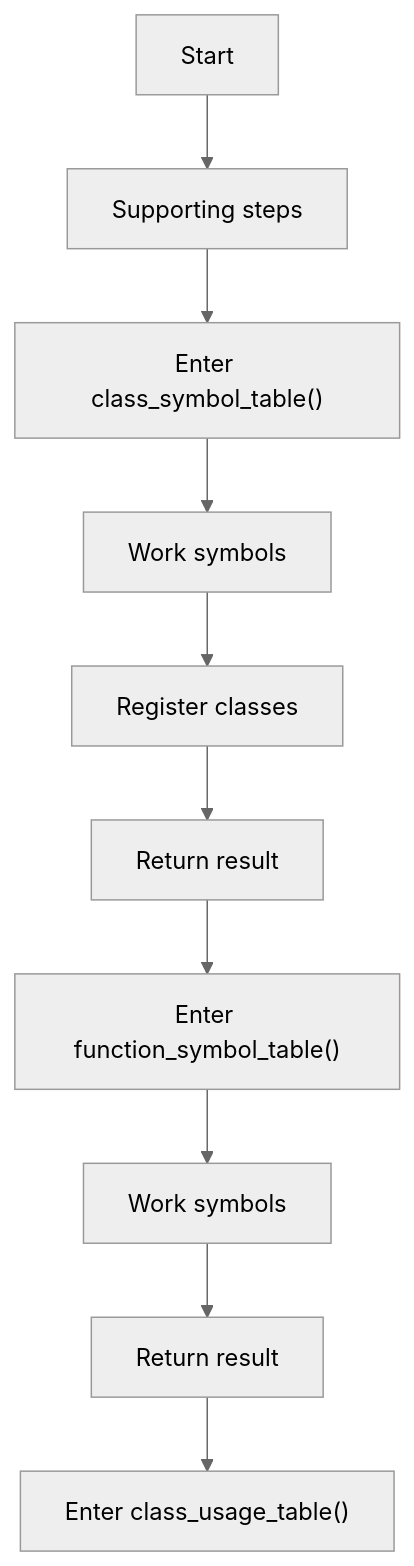
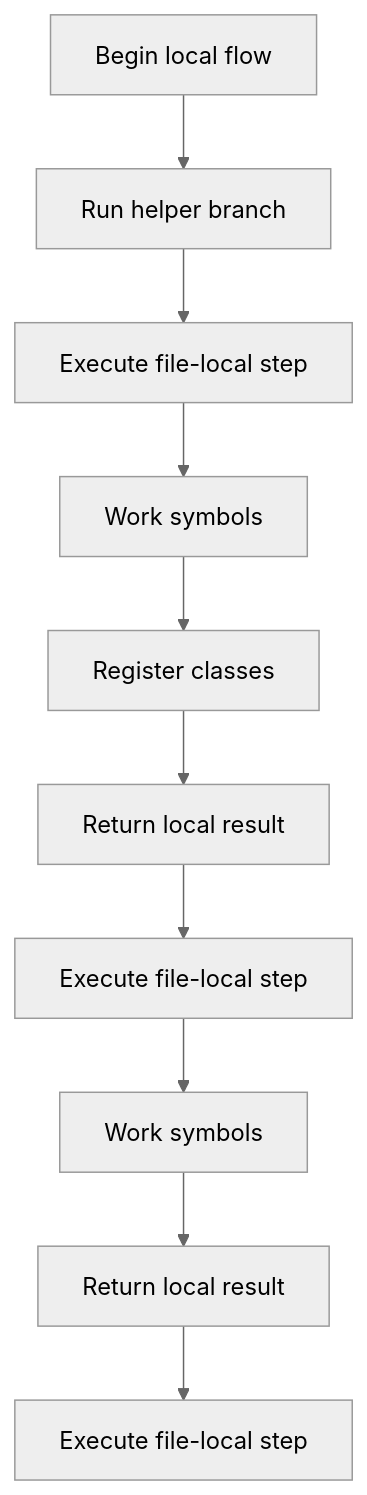
Before and after one commit to JohnAndrewBalbarosa/NeoTerritory: the first of 8 diagrams in docs/Codebase/Microservice/Modules/Source/Analysis/ImplementationUse/Resolution/Symbols/Query/Flow/symbols_queries_program_flow.cpp.md, drawn with Mermaid (neutral theme). The commit also changed other lines of this file and 915 other files, not shown here.

````diff
--- a/docs/Codebase/Microservice/Modules/Source/Analysis/ImplementationUse/Resolution/Symbols/Query/Flow/symbols_queries_program_flow.cpp.md
+++ b/docs/Codebase/Microservice/Modules/Source/Analysis/ImplementationUse/Resolution/Symbols/Query/Flow/symbols_queries_program_flow.cpp.md
@@ -15,22 +15,22 @@
 ```mermaid
 flowchart TD
-    N0["Start"]
-    N1["Supporting steps"]
-    N2["Enter class_symbol_table()"]
+    N0["Begin local flow"]
+    N1["Run helper branch"]
+    N2["Execute file-local step"]
     N3["Work symbols"]
     N4["Register classes"]
-    N5["Return result"]
-    N6["Enter function_symbol_table()"]
+    N5["Return local result"]
+    N6["Execute file-local step"]
     N7["Work symbols"]
-    N8["Return result"]
-    N9["Enter class_usage_table()"]
+    N8["Return local result"]
+    N9["Execute file-local step"]
     N0 --> N1
     N1 --> N2
     N2 --> N3
     N3 --> N4
     N4 --> N5
     N5 --> N6
     N6 --> N7
     N7 --> N8
     N8 --> N9
 ```
````
